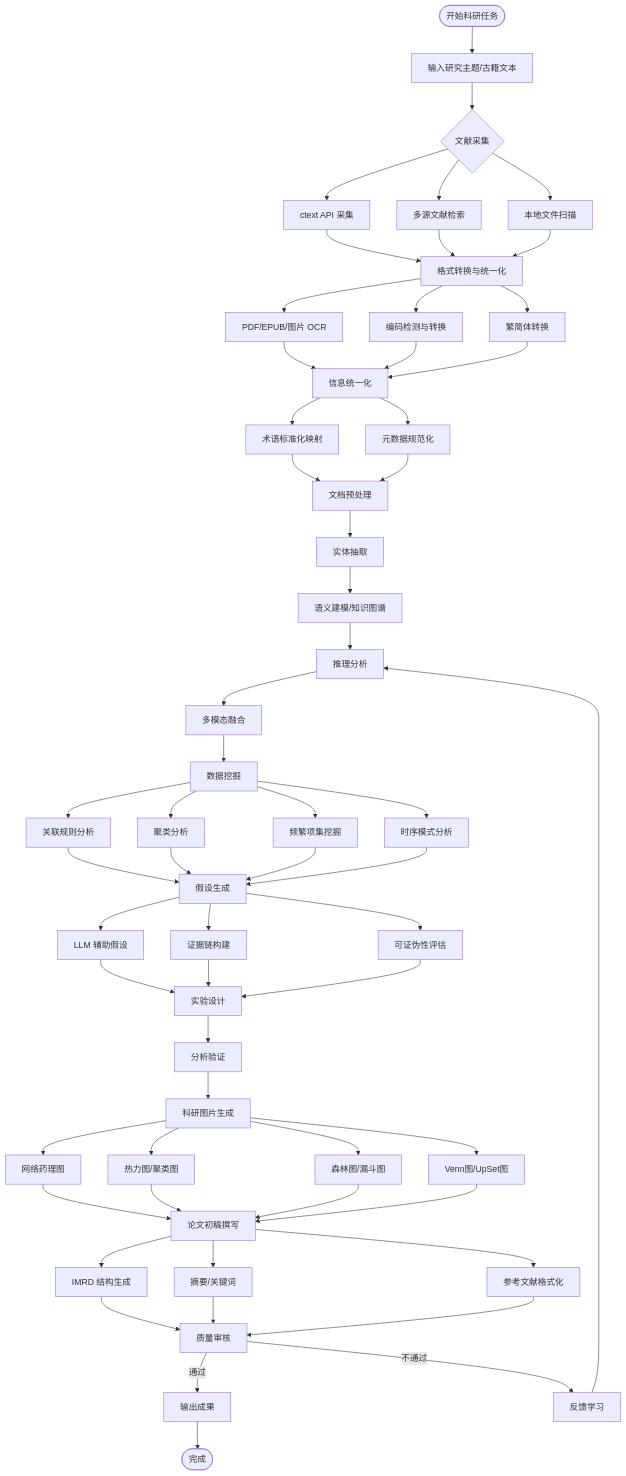
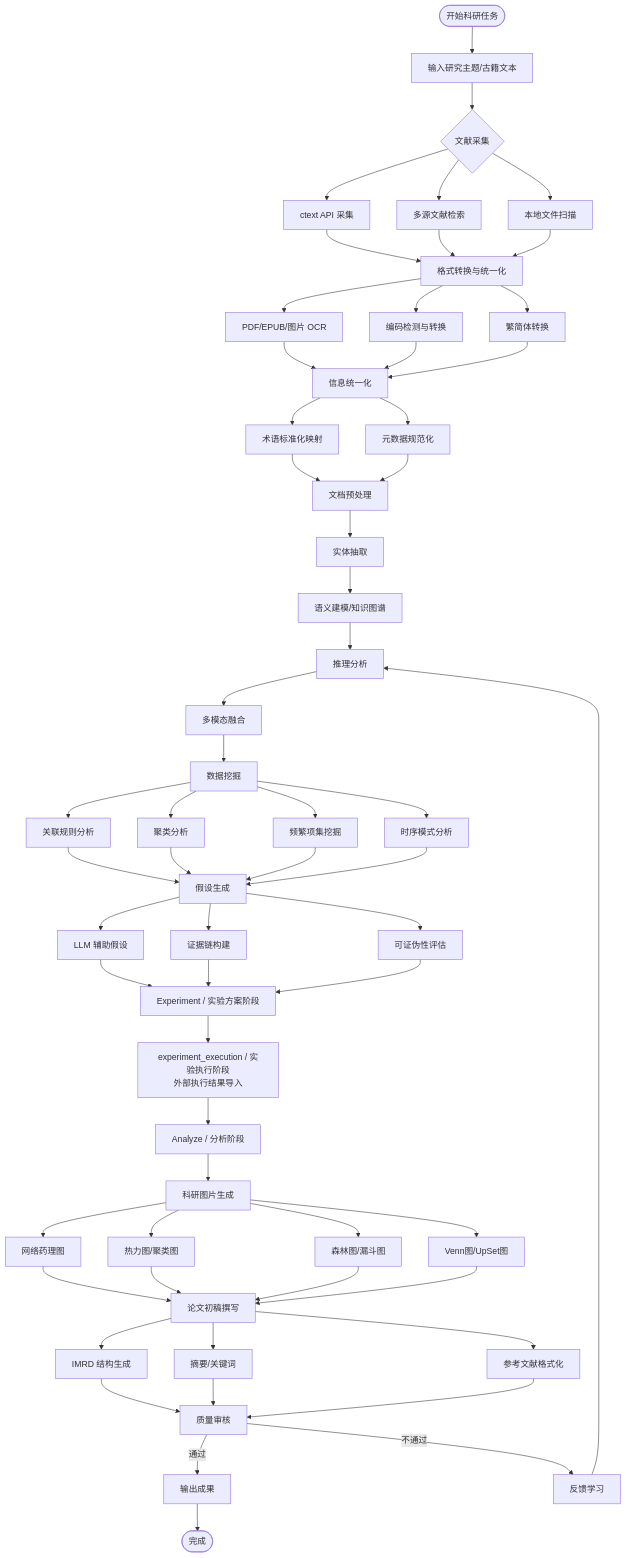
The fourth of 11 diagrams in docs/architecture/architecture-design.md (guose1314/tcmautoresearch), drawn with Mermaid before and after one commit. The commit also changed other lines of this file and 115 other files, not shown here.

````diff
--- a/docs/architecture/architecture-design.md
+++ b/docs/architecture/architecture-design.md
@@ -511,77 +520,78 @@
 ```mermaid
 flowchart TD
     START([开始科研任务]) --> INPUT[输入研究主题/古籍文本]
     
     INPUT --> COLLECT{文献采集}
     COLLECT --> C1[ctext API 采集]
     COLLECT --> C2[多源文献检索]
     COLLECT --> C3[本地文件扫描]
     
     C1 --> FORMAT[格式转换与统一化]
     C2 --> FORMAT
     C3 --> FORMAT
     
     FORMAT --> F1[PDF/EPUB/图片 OCR]
     FORMAT --> F2[编码检测与转换]
     FORMAT --> F3[繁简体转换]
     F1 --> UNIFY[信息统一化]
     F2 --> UNIFY
     F3 --> UNIFY
     
     UNIFY --> U1[术语标准化映射]
     UNIFY --> U2[元数据规范化]
     U1 --> PREPROCESS[文档预处理]
     U2 --> PREPROCESS
     
     PREPROCESS --> EXTRACT[实体抽取]
     EXTRACT --> SEMANTIC[语义建模/知识图谱]
     SEMANTIC --> REASON[推理分析]
     
     REASON --> FUSION[多模态融合]
     FUSION --> MINING[数据挖掘]
     
     MINING --> M1[关联规则分析]
     MINING --> M2[聚类分析]
     MINING --> M3[频繁项集挖掘]
     MINING --> M4[时序模式分析]
     
     M1 --> HYPO[假设生成]
     M2 --> HYPO
     M3 --> HYPO
     M4 --> HYPO
     
     HYPO --> H1[LLM 辅助假设]
     HYPO --> H2[证据链构建]
     HYPO --> H3[可证伪性评估]
     
-    H1 --> EXPERIMENT[实验设计]
+    H1 --> EXPERIMENT[Experiment / 实验方案阶段]
     H2 --> EXPERIMENT
     H3 --> EXPERIMENT
-    
-    EXPERIMENT --> ANALYZE[分析验证]
+
+    EXPERIMENT --> EXECUTION[experiment_execution / 实验执行阶段<br/>外部执行结果导入]
+    EXECUTION --> ANALYZE[Analyze / 分析阶段]
     
     ANALYZE --> FIGURE[科研图片生成]
     FIGURE --> FIG1[网络药理图]
     FIGURE --> FIG2[热力图/聚类图]
     FIGURE --> FIG3[森林图/漏斗图]
     FIGURE --> FIG4[Venn图/UpSet图]
     
     FIG1 --> PAPER[论文初稿撰写]
     FIG2 --> PAPER
     FIG3 --> PAPER
     FIG4 --> PAPER
     
     PAPER --> P1[IMRD 结构生成]
     PAPER --> P2[摘要/关键词]
     PAPER --> P3[参考文献格式化]
     
     P1 --> REVIEW[质量审核]
     P2 --> REVIEW
     P3 --> REVIEW
     
     REVIEW -->|通过| OUTPUT[输出成果]
     REVIEW -->|不通过| FEEDBACK[反馈学习]
     FEEDBACK --> REASON
     
     OUTPUT --> END([完成])
 ```
````
